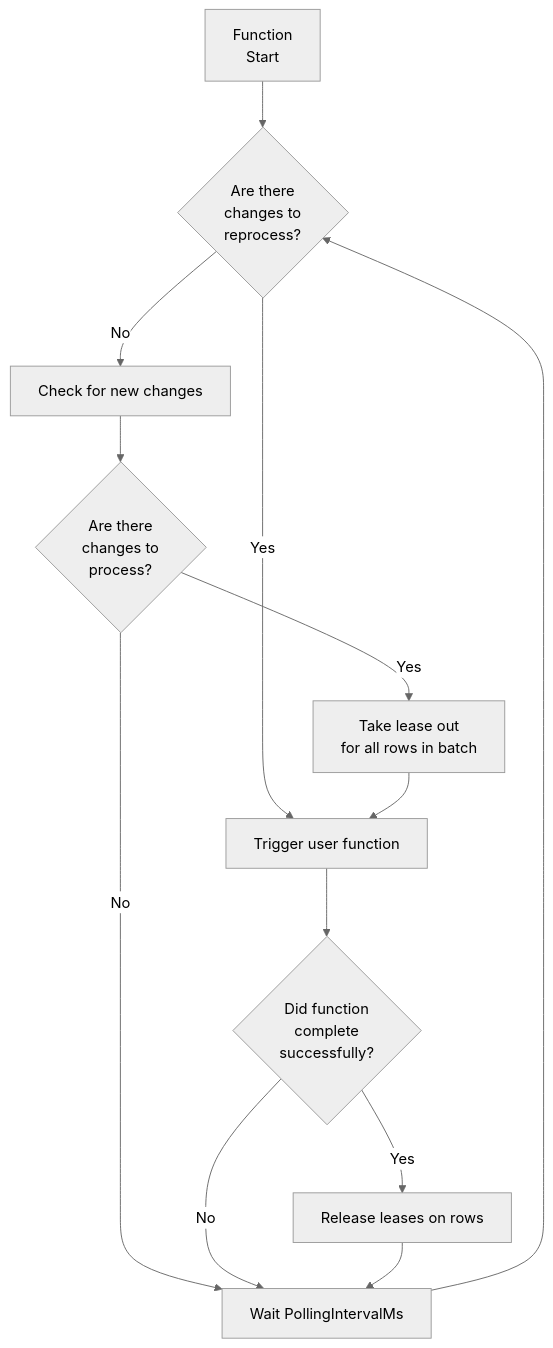
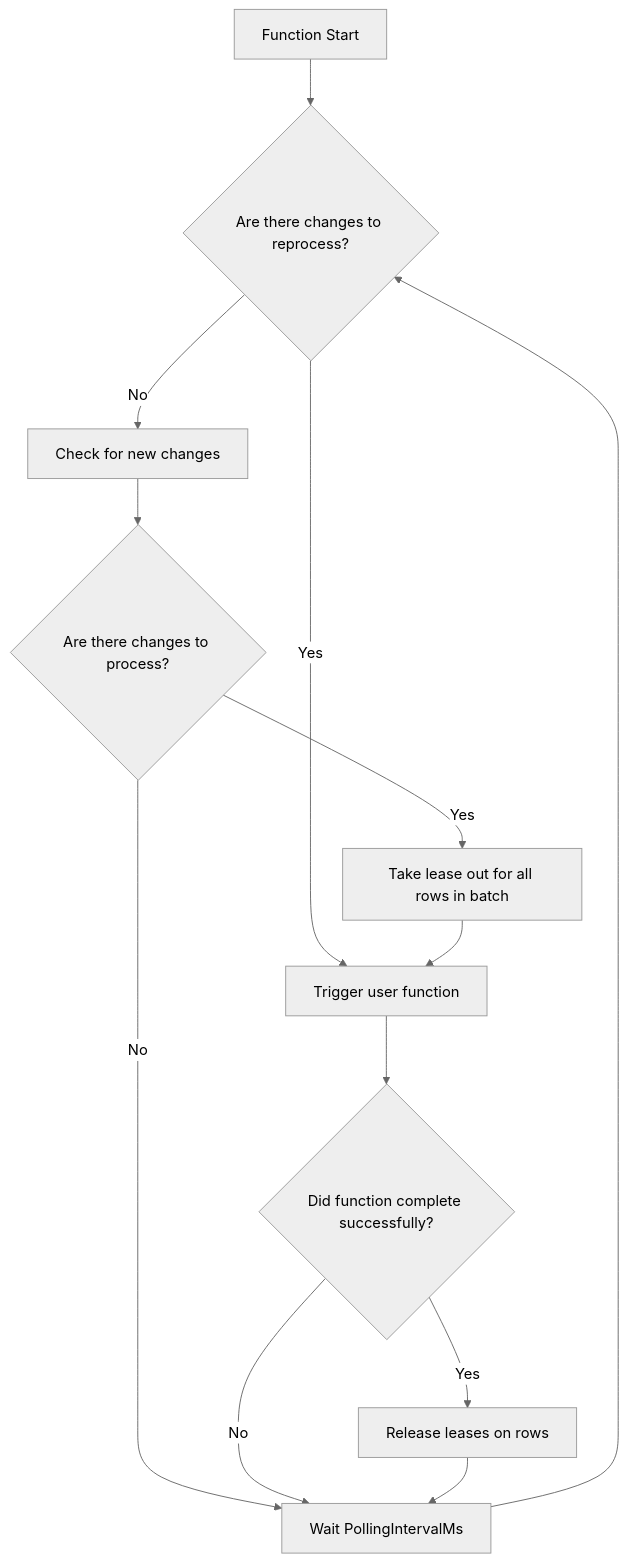
One commit to Azure/azure-functions-mysql-extension changed the first of 2 diagrams in docs/TriggerBinding.md. Above: the diagram before and after it, drawn with Mermaid (neutral theme). The commit also changed other lines of this file, not shown here.

````diff
--- a/docs/TriggerBinding.md
+++ b/docs/TriggerBinding.md
@@ -15,17 +15,17 @@
 ```mermaid
 flowchart TD
 
 
-A[Function\nStart] --> H{Are there\nchanges to\nreprocess?}
+A[Function Start] --> H{Are there changes to reprocess?}
 H -->|No| I[Check for new changes]
-I --> B{Are there\nchanges to\nprocess?}
+I --> B{Are there changes to process?}
 H -->|Yes| D[Trigger user function]
-B -->|Yes| C[Take lease out\nfor all rows in batch]
+B -->|Yes| C[Take lease out for all rows in batch]
 C --> D
-D --> F{Did function\ncomplete\nsuccessfully?}
+D --> F{Did function complete successfully?}
 B -->|No| E[Wait PollingIntervalMs]
 F -->|Yes| G[Release leases on rows]
 F -->|No| E
 G --> E
 E --> H
 ```
````
